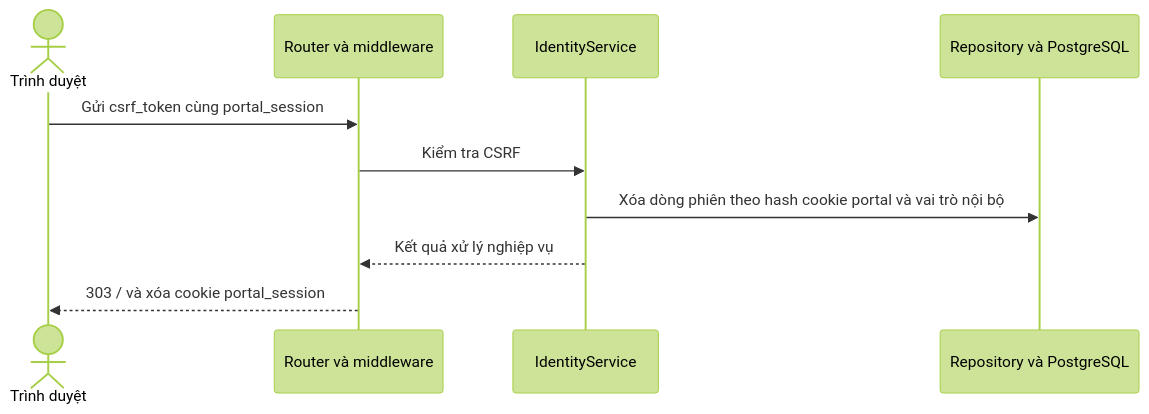
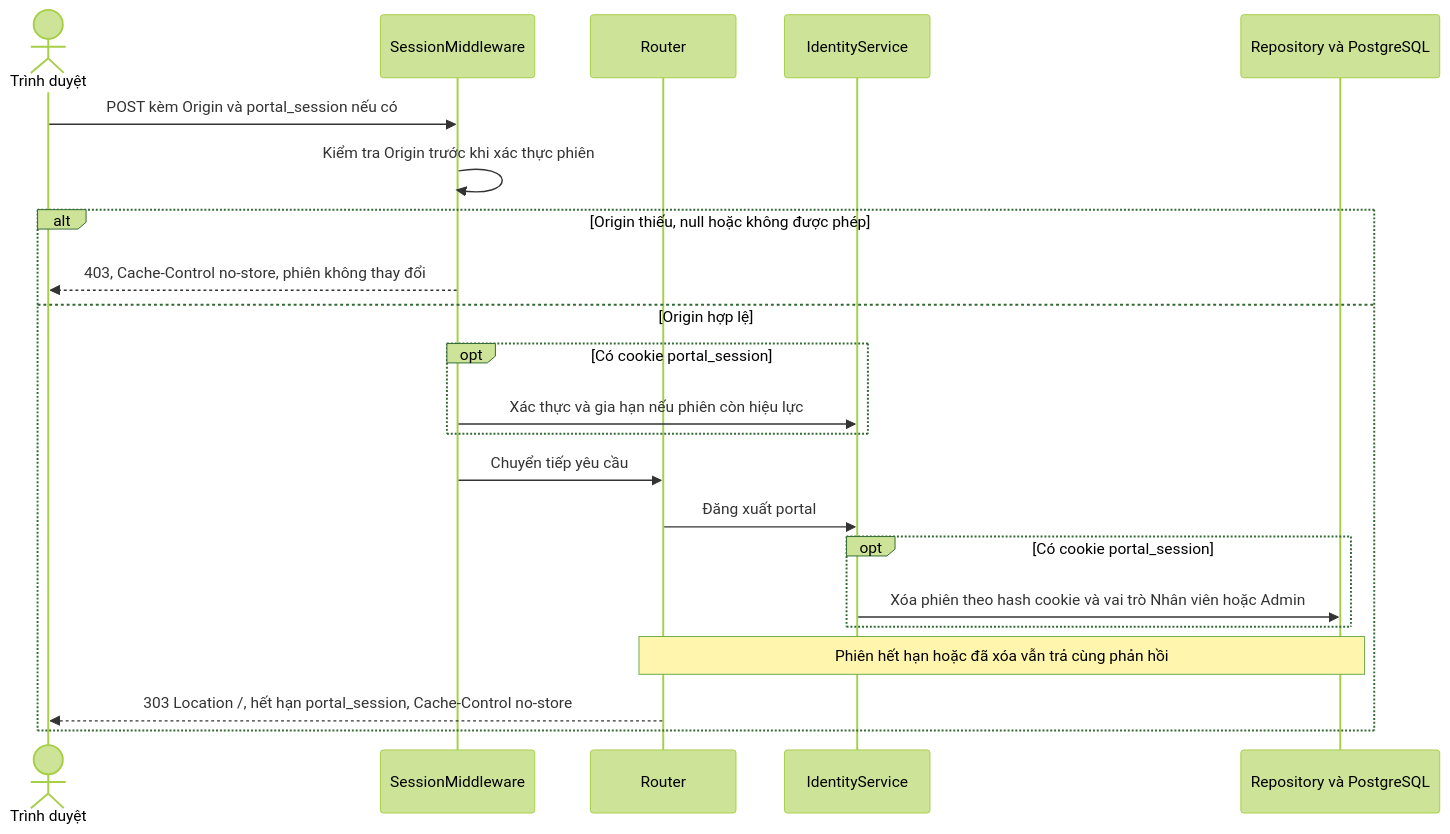
One commit to thanhklt/sobie-swimwear-e-commerce changed the diagram in docs/sequence/identity/post-admin-logout.md. Above: the diagram before and after it, drawn with Mermaid (forest theme). The commit also changed other lines of this file and 72 other files, not shown here.

````diff
--- a/docs/sequence/identity/post-admin-logout.md
+++ b/docs/sequence/identity/post-admin-logout.md
@@ -5,12 +5,24 @@
 ```mermaid
 sequenceDiagram
     actor Browser as Trình duyệt
-    participant Route as Router và middleware
+    participant Middleware as SessionMiddleware
+    participant Route as Router
     participant Service as IdentityService
     participant Data as Repository và PostgreSQL
-    Browser->>Route: Gửi csrf_token cùng portal_session
-    Route->>Service: Kiểm tra CSRF
-    Service->>Data: Xóa dòng phiên theo hash cookie portal và vai trò nội bộ
-    Service-->>Route: Kết quả xử lý nghiệp vụ
-    Route-->>Browser: 303 / và xóa cookie portal_session
+    Browser->>Middleware: POST kèm Origin và portal_session nếu có
+    Middleware->>Middleware: Kiểm tra Origin trước khi xác thực phiên
+    alt Origin thiếu, null hoặc không được phép
+        Middleware-->>Browser: 403, Cache-Control no-store, phiên không thay đổi
+    else Origin hợp lệ
+        opt Có cookie portal_session
+            Middleware->>Service: Xác thực và gia hạn nếu phiên còn hiệu lực
+        end
+        Middleware->>Route: Chuyển tiếp yêu cầu
+        Route->>Service: Đăng xuất portal
+        opt Có cookie portal_session
+            Service->>Data: Xóa phiên theo hash cookie và vai trò Nhân viên hoặc Admin
+        end
+        Note over Route,Data: Phiên hết hạn hoặc đã xóa vẫn trả cùng phản hồi
+        Route-->>Browser: 303 Location /, hết hạn portal_session, Cache-Control no-store
+    end
 ```
````
